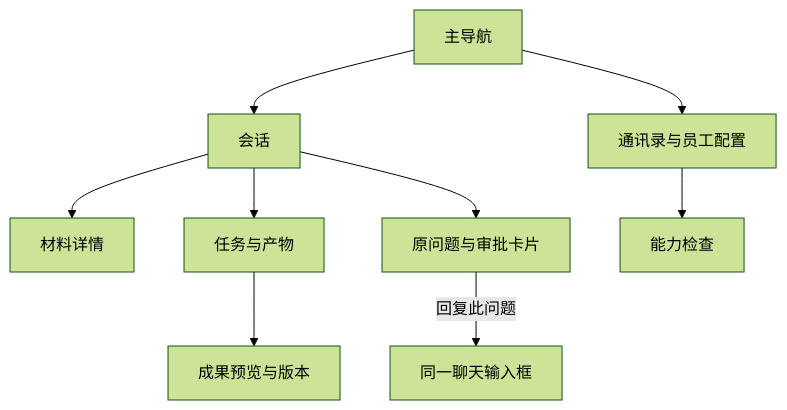
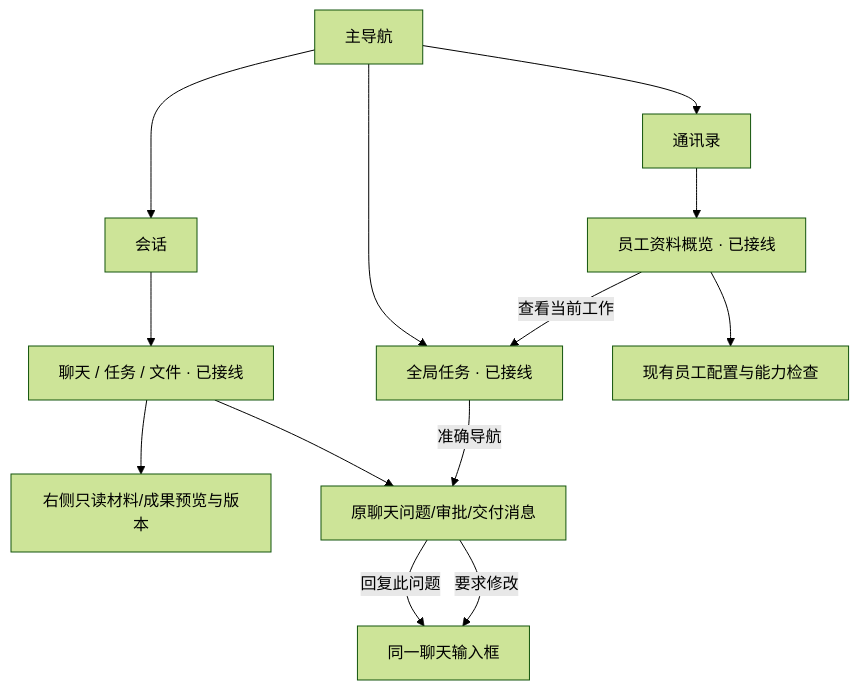
One commit to 6owen/boai-agent changed the diagram in ai-docs/spec/8.Agent-IM产品完善/09-信息架构与交互设计.md. Above: the diagram before and after it, drawn with Mermaid (forest theme). The commit also changed other lines of this file and 141 other files, not shown here.

````diff
--- a/ai-docs/spec/8.Agent-IM产品完善/09-信息架构与交互设计.md
+++ b/ai-docs/spec/8.Agent-IM产品完善/09-信息架构与交互设计.md
@@ -32,11 +36,15 @@
 ```mermaid
 flowchart TD
   A[主导航] --> B[会话]
-  A --> D[通讯录与员工配置]
-  B --> E[材料详情]
-  B --> F[任务与产物]
-  F --> G[成果预览与版本]
-  B --> H[原问题与审批卡片]
+  A --> K[全局任务 · 已接线]
+  A --> D[通讯录]
+  B --> C[聊天 / 任务 / 文件 · 已接线]
+  C --> E[右侧只读材料/成果预览与版本]
+  C --> H[原聊天问题/审批/交付消息]
   H -->|回复此问题| J[同一聊天输入框]
-  D --> I[能力检查]
+  H -->|要求修改| J
+  K -->|准确导航| H
+  D --> P[员工资料概览 · 已接线]
+  P --> I[现有员工配置与能力检查]
+  P -->|查看当前工作| K
 ```
````
